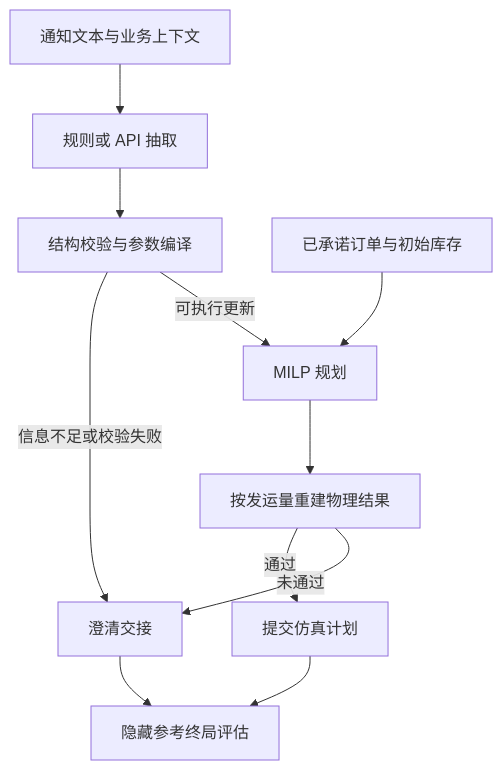
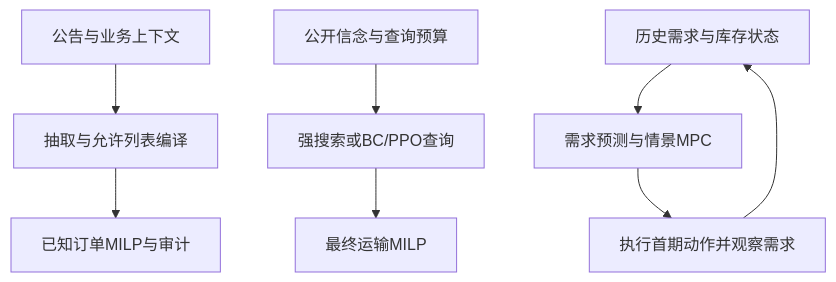
One commit to nomoretry/semiconductor-logistics-decarbonization changed the diagram in docs/architecture.md. Above: the diagram before and after it, drawn with Mermaid. The commit also changed other lines of this file and 15 other files, not shown here.

Commit message:
research: fix distribution protocol and unify bilingual architecture before confirmation

````diff
--- a/docs/architecture.md
+++ b/docs/architecture.md
@@ -21,13 +21,10 @@
 ```mermaid
 flowchart TD
-    N["通知文本与业务上下文"] --> E["规则或 API 抽取"]
-    E --> V["结构校验与参数编译"]
-    V -->|信息不足或校验失败| H["澄清交接"]
-    V -->|可执行更新| M["MILP 规划"]
-    S["已承诺订单与初始库存"] --> M
-    M --> A["按发运量重建物理结果"]
-    A -->|通过| C["提交仿真计划"]
-    A -->|未通过| H
-    C --> T["隐藏参考终局评估"]
-    H --> T
+    A["公告与业务上下文"] --> B["抽取与允许列表编译"]
+    B --> C["已知订单MILP与审计"]
+    D["公开信念与查询预算"] --> E["强搜索或BC/PPO查询"]
+    E --> F["最终运输MILP"]
+    G["历史需求与库存状态"] --> H["需求预测与情景MPC"]
+    H --> I["执行首期动作并观察需求"]
+    I --> G
 ```
````
